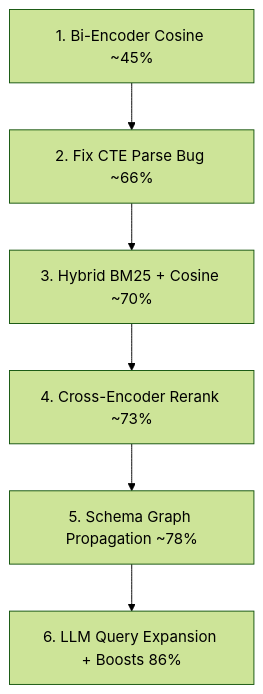
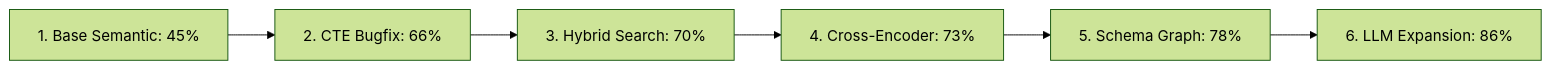
Before and after one commit to ANANYA542/text-to-sql-api: the first of 3 diagrams in README.md, drawn with Mermaid (forest theme). The commit also changed other lines of this file, not shown here.

````diff
--- a/README.md
+++ b/README.md
@@ -15,8 +15,8 @@
 ```mermaid
-graph TD
-    A[1. Bi-Encoder Cosine ~45%] --> B[2. Fix CTE Parse Bug ~66%]
-    B --> C[3. Hybrid BM25 + Cosine ~70%]
-    C --> D[4. Cross-Encoder Rerank ~73%]
-    D --> E[5. Schema Graph Propagation ~78%]
-    E --> F[6. LLM Query Expansion + Boosts 86%]
+graph LR
+    A[1. Base Semantic: 45%] --> B[2. CTE Bugfix: 66%]
+    B --> C[3. Hybrid Search: 70%]
+    C --> D[4. Cross-Encoder: 73%]
+    D --> E[5. Schema Graph: 78%]
+    E --> F[6. LLM Expansion: 86%]
 ```
````
